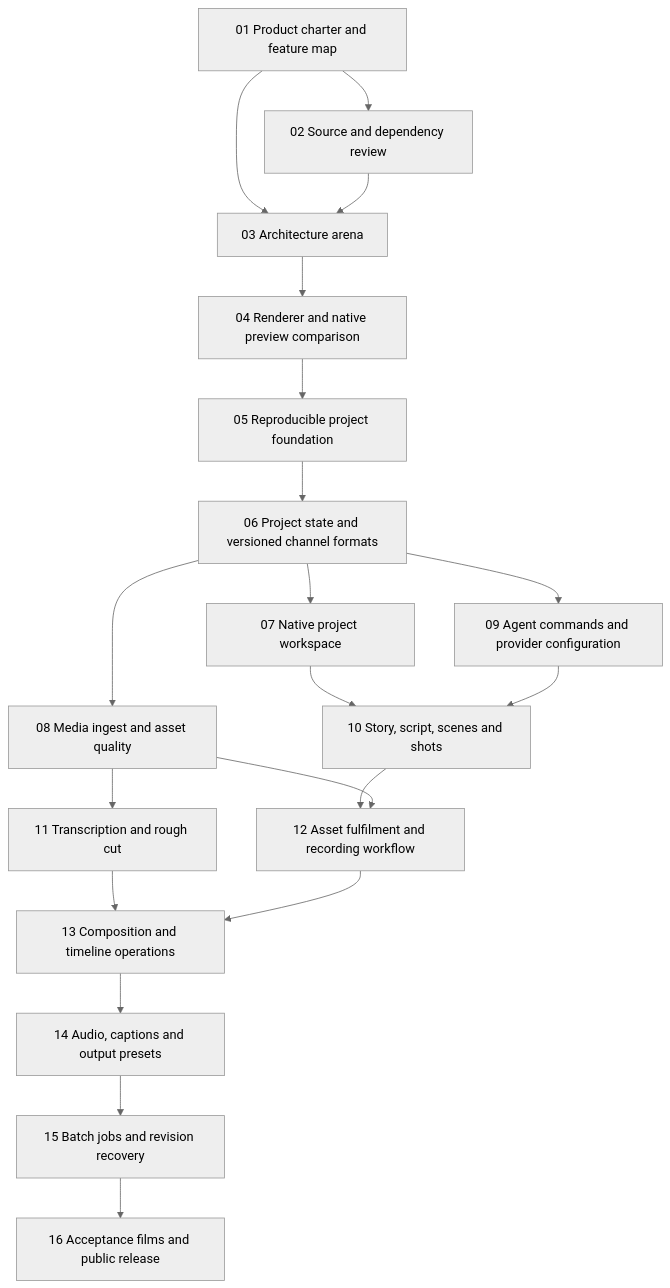
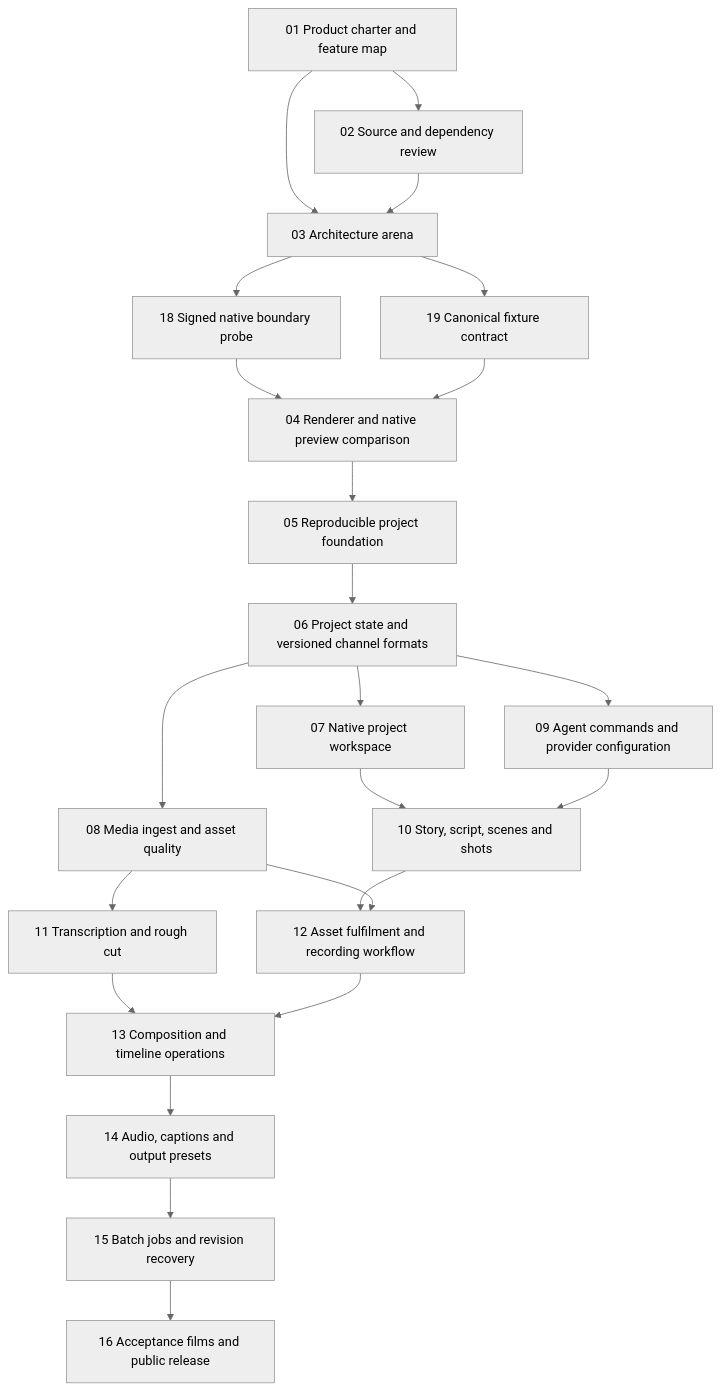
Before and after one commit to vedantggwp/takeform: the diagram in docs/roadmap.md, drawn with Mermaid (neutral theme). The commit also changed other lines of this file and 2 other files, not shown here.

Commit message:
docs: propose native video architecture and risk-first proof sequence

````diff
--- a/docs/roadmap.md
+++ b/docs/roadmap.md
@@ -9,22 +9,25 @@
 ```mermaid
 flowchart TD
     A[01 Product charter and feature map] --> B[02 Source and dependency review]
     A --> C[03 Architecture arena]
     B --> C
-    C --> D[04 Renderer and native preview comparison]
+    C --> NP[18 Signed native boundary probe]
+    C --> FC[19 Canonical fixture contract]
+    NP --> D[04 Renderer and native preview comparison]
+    FC --> D
     D --> E[05 Reproducible project foundation]
     E --> F[06 Project state and versioned channel formats]
     F --> G[07 Native project workspace]
     F --> H[08 Media ingest and asset quality]
     F --> I[09 Agent commands and provider configuration]
     G --> J[10 Story, script, scenes and shots]
     I --> J
     H --> K[11 Transcription and rough cut]
     J --> L[12 Asset fulfilment and recording workflow]
     H --> L
     K --> M[13 Composition and timeline operations]
     L --> M
     M --> N[14 Audio, captions and output presets]
     N --> O[15 Batch jobs and revision recovery]
     O --> P[16 Acceptance films and public release]
 ```
````
